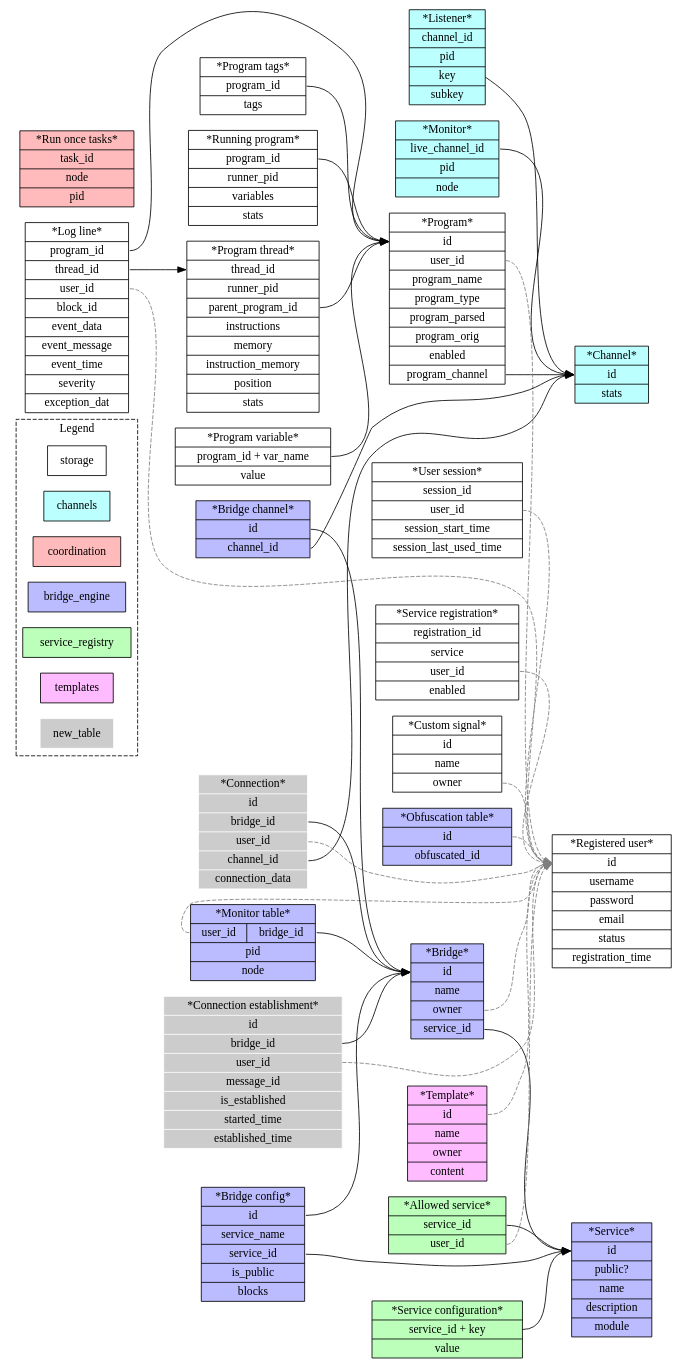
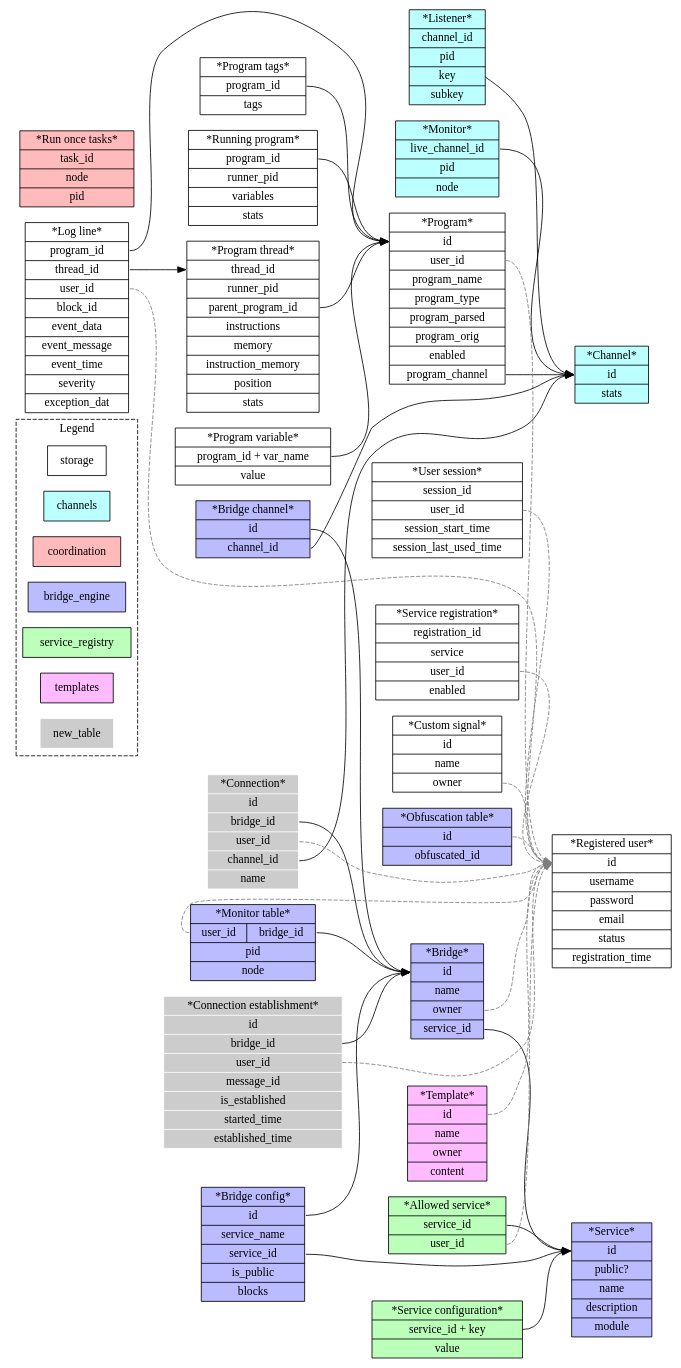
Before and after one commit to programaker-project/Programaker-Core: the diagram in docs/diagrams/db-model.gv, drawn with Graphviz. The commit also changed 3 other files, not shown here.

First line of the commit message:
Replace connection data with name used in it.

```diff
--- a/docs/diagrams/db-model.gv
+++ b/docs/diagrams/db-model.gv
@@ -1,166 +1,166 @@
 digraph g {
   rankdir=LR
   node[shape=record];
   style=dashed;
 
   subgraph cluster_legend {
     label="Legend"
 
     storage;
     channels[style=filled,fillcolor="#bbffff"];
     coordination[style=filled,fillcolor="#ffbbbb"]
     bridge_engine[style=filled,fillcolor="#bbbbff"];
     service_registry[style=filled,fillcolor="#bbffbb"]
     templates[style=filled,fillcolor="#ffbbff"]
 
     new_table[style=filled,fillcolor="#cccccc",color=white]
     // modified_table[shape=octagon] // Not used
   }
 
 
   subgraph group_core_channels {
     label="Channels";
     node[style=filled,fillcolor="#bbffff"];
 
 
     // LIVE_CHANNELS_TABLE | automate_channel_engine_live_channels_table
     live_channels_table_entry[label="*Channel* | <pk> id | stats"];
 
     // LISTENERS_TABLE | automate_channel_engine_listeners_table
     listeners_table_entry[label="*Listener*| <f0> channel_id | pid | key | subkey"];
     listeners_table_entry -> live_channels_table_entry:pk;
 
     // MONITORS_TABLE | automate_channel_engine_monitors_table
     monitors_table_entry[label="*Monitor* | <f0> live_channel_id | pid | node"];
     monitors_table_entry:f0 -> live_channels_table_entry:pk;
   }
 
   subgraph group_core_storage {
     label="Storage";
 
     // REGISTERED_USERS_TABLE | automate_registered_users
     registered_user_entry[label="*Registered user* | <pk> id | username | password | email | status | registration_time"];
 
     // USER_SESSIONS_TABLE | automate_user_sessions
     user_session_entry[label="*User session* | <pk> session_id | <f0> user_id | session_start_time | session_last_used_time"];
     user_session_entry:f0 -> registered_user_entry:pk[style=dashed,color="#7f7f7f"];
 
     // // USER_MONITORS_TABLE | automate_user_monitors
     // monitor_entry[label="*Monitor entry* | <pk> id | <f0> user_id | type | name | value"];
 
     // monitor_entry:f0 -> registered_user_entry:pk[style=dashed,color="#7f7f7f"];
 
     // USER_PROGRAMS_TABLE | automate_user_programs
     user_program_entry[label="*Program* | <pk> id | <f0> user_id | program_name | program_type | program_parsed | program_orig | enabled | <f1> program_channel"];
     user_program_entry:f0 -> registered_user_entry:pk[style=dashed,color="#7f7f7f"];
     user_program_entry:f1 -> live_channels_table_entry:pk;
 
     // USER_PROGRAMS_LOGS_TABLE | automate_user_program_logs
     user_program_logs_entry[label="*Log line* | <f0> program_id | <f1> thread_id | <f2> user_id | block_id | event_data | event_message | event_time | severity | exception_dat"];
     user_program_logs_entry:f0 -> user_program_entry:pk;
     user_program_logs_entry:f2 -> registered_user_entry:pk[style=dashed,color="#7f7f7f"];
 
     // PROGRAM_TAGS_TABLE | automate_program_tags
     program_tags_entry[label="*Program tags* | <f0> program_id | tags"];
     program_tags_entry:f0 -> user_program_entry:pk;
 
     // RUNNING_PROGRAMS_TABLE | automate_running_programs
     running_program_entry[label="*Running program*| <f0> program_id | runner_pid | variables | stats"];
     running_program_entry:f0 -> user_program_entry:pk;
 
     // RUNNING_THREADS_TABLE | automate_running_program_threads
     running_program_thread_entry[label="*Program thread* | <pk> thread_id | runner_pid | <f0> parent_program_id | instructions | memory | instruction_memory | position | stats"];
     user_program_logs_entry:f1 -> running_program_thread_entry:pk;
     running_program_thread_entry:f0 -> user_program_entry:pk;
 
     // REGISTERED_SERVICES_TABLE | automate_registered_services
     registered_service_entry[label="*Service registration* | <pk> registration_id | <f0> service |  <f1> user_id | enabled"];
     registered_service_entry:f1 -> registered_user_entry:pk[style=dashed,color="#7f7f7f"];
 
     // PROGRAM_VARIABLE_TABLE | automate_program_variable_table
     program_variable_table_entry[label="*Program variable* | <f0> program_id + var_name | value"];
     program_variable_table_entry:f0 -> user_program_entry:pk;  // Not sure if user program or running program
 
     // CUSTOM_SIGNALS_TABLE | automate_custom_signals_table
     custom_signal_entry[label="*Custom signal* | <pk> id | name | <f0> owner"];
     custom_signal_entry:f0 -> registered_user_entry:pk[style=dashed,color="#7f7f7f"];
   }
 
   subgraph group_coordination {
     label="Coordination";
     node[style=filled,fillcolor="#ffbbbb"];
 
     // RUN_ONCE_TASKS_TABLE | automate_coordination_run_once_tasks
     run_once_tasks_table_entry[label="*Run once tasks* | <pk> task_id | node | pid"]
   }
 
   subgraph group_bridges {
     label="Bridge engine";
 
     node[style=filled,fillcolor="#bbbbff"]
 
     // SERVICE_PORT_TABLE | automate_service_port_table
     service_port_entry[label="*Bridge* | <pk> id | name | <f0> owner | <f1> service_id"]
     service_port_entry:f0 -> registered_user_entry:pk[style=dashed,color="#7f7f7f"];
     service_port_entry:f1 -> services_table_entry:pk;
 
     // SERVICE_PORT_CONFIGURATION_TABLE | automate_service_port_configuration_table
     service_port_configuration[label="*Bridge config* | <pk> id | service_name | <f0> service_id | is_public | blocks"]
     service_port_configuration:pk -> service_port_entry:pk;
     service_port_configuration:f0 -> services_table_entry:pk
 
 
     // SERVICE_PORT_USERID_OBFUSCATION_TABLE | automate_service_port_userid_obfuscation_table
     service_port_user_obfusction_entry[label="*Obfuscation table* | <pk> id | <f0> obfuscated_id"]
     service_port_user_obfusction_entry:pk -> registered_user_entry:pk[style=dashed,color="#7f7f7f"];
 
     // SERVICE_PORT_CHANNEL_TABLE | automate_service_port_channel_table
     service_port_monitor_channel_entry[label="*Bridge channel* | <pk> id | <f0> channel_id"]
     service_port_monitor_channel_entry:pk -> service_port_entry:pk;
     service_port_monitor_channel_entry:f0 -> live_channels_table_entry:pk;
 
     // SERVICE_PORT_CHANNEL_MONITORS_TABLE | automate_service_port_channel_monitors_table
     channel_monitor_table_entry[label="*Monitor table* | {<f0> user_id|<f1> bridge_id} | pid | node"]
     channel_monitor_table_entry:f0 -> registered_user_entry:pk[style=dashed,color="#7f7f7f"];
     channel_monitor_table_entry:f1 -> service_port_entry:pk
 
 
     connection_entry[style=filled,fillcolor="#cccccc",color=white,
-                     label="*Connection* | <pk> id | <f0> bridge_id | <f1> user_id | <f2> channel_id | <f3> connection_data"]
+                     label="*Connection* | <pk> id | <f0> bridge_id | <f1> user_id | <f2> channel_id | name"]
     connection_entry:f0 -> service_port_entry:pk
     connection_entry:f1 -> registered_user_entry:pk[style=dashed,color="#7f7f7f"];
     connection_entry:f2 -> live_channels_table_entry:pk
     // Connection data might store data from the bridges
 
     connection_establishment_entry[style=filled,fillcolor="#cccccc",color=white,
                                    label="*Connection establishment* | <pk> id | <f0> bridge_id | <f1> user_id | message_id | is_established | started_time | established_time"]
     connection_establishment_entry:f0 -> service_port_entry:pk
     connection_establishment_entry:f1 -> registered_user_entry:pk[style=dashed,color="#7f7f7f"];
 }
 
   subgraph group_core_services {
     label="Service registry";
     node[style=filled,fillcolor="#bbffbb"]
 
     // SERVICE_REGISTRY_TABLE | automate_service_registry_services_table
     services_table_entry[label="*Service* | <pk> id | public? | name | description | module"];
 
     // USER_SERVICE_ALLOWANCE_TABLE | automate_service_registry_user_service_allowance_table
     user_service_allowance_entry[label="*Allowed service*| <f0> service_id | <f1> user_id"];
     user_service_allowance_entry:f0 -> services_table_entry:pk;
     user_service_allowance_entry:f1 -> registered_user_entry:pk[style=dashed,color="#7f7f7f"];
 
     // SERVICE_CONFIGURATION_TABLE | automate_service_registry_service_configuration_table
     service_configuration_entry[label="*Service configuration* | <pk> service_id + key | value "];
     service_configuration_entry:pk -> services_table_entry:pk;
   }
 
   subgraph group_core_template_engine {
     label="Template engine"
     node[style=filled,fillcolor="#ffbbff"]
 
     // TEMPLATE_TABLE | automate_template_engine_templates_table
     template_entry[label="*Template* | <pk> id | name | <f0> owner | content"]
     template_entry:pk -> registered_user_entry:pk[style=dashed,color="#7f7f7f"];
   }
 }
```
